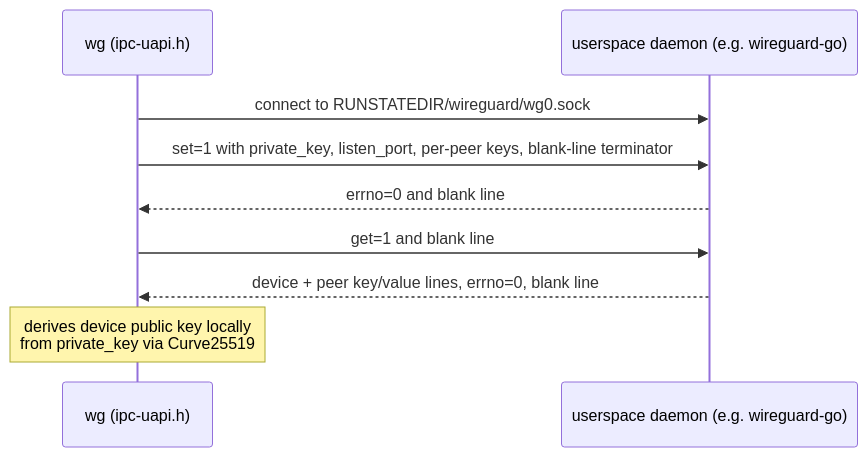
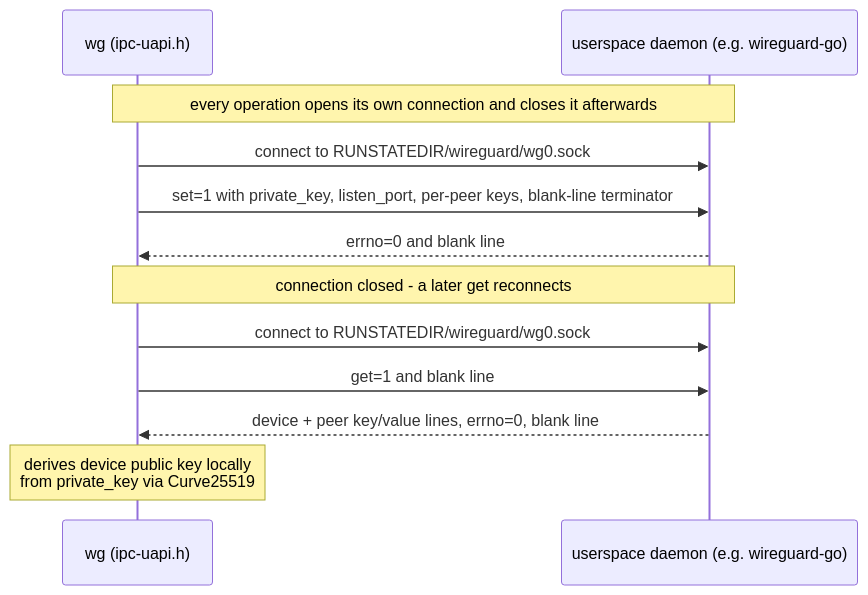
One commit to danielealbano/wireguard-tools changed the third of 4 diagrams in docs/ARCHITECTURE.md. Above: the diagram before and after it, drawn with Mermaid. The commit also changed other lines of this file, not shown here.

````diff
--- a/docs/ARCHITECTURE.md
+++ b/docs/ARCHITECTURE.md
@@ -90,11 +92,14 @@
 ```mermaid
 sequenceDiagram
     participant W as wg (ipc-uapi.h)
     participant D as userspace daemon (e.g. wireguard-go)
+    Note over W,D: every operation opens its own connection and closes it afterwards
     W->>D: connect to RUNSTATEDIR/wireguard/wg0.sock
     W->>D: set=1 with private_key, listen_port, per-peer keys, blank-line terminator
     D-->>W: errno=0 and blank line
+    Note over W,D: connection closed - a later get reconnects
+    W->>D: connect to RUNSTATEDIR/wireguard/wg0.sock
     W->>D: get=1 and blank line
     D-->>W: device + peer key/value lines, errno=0, blank line
     Note over W: derives device public key locally<br/>from private_key via Curve25519
 ```
````
